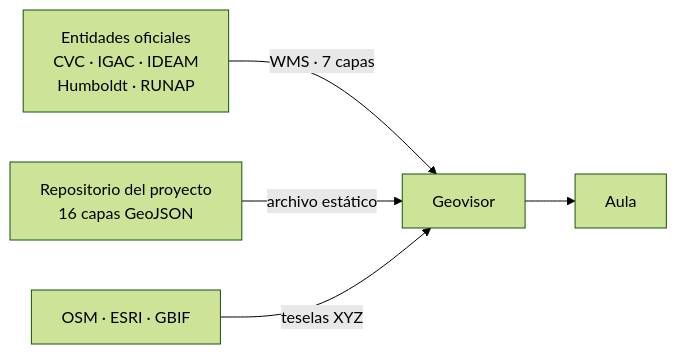
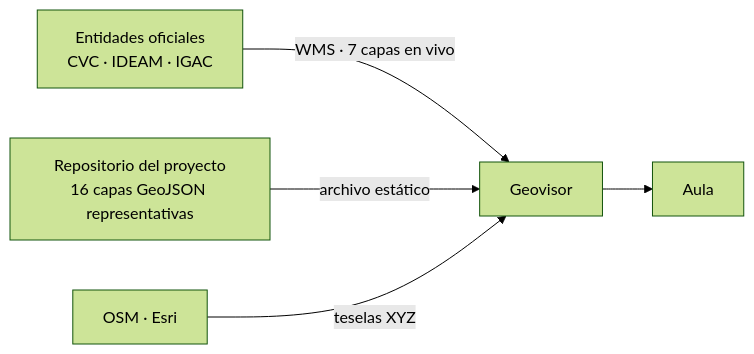
Before and after one commit to DevCristobalvc/geovisor-sevillavalle: the first of 4 diagrams in README.md, drawn with Mermaid (forest theme). The commit also changed other lines of this file and 49 other files, not shown here.

````diff
--- a/README.md
+++ b/README.md
@@ -38,7 +39,7 @@
 ```mermaid
 flowchart LR
-    A["Entidades oficiales<br/>CVC · IGAC · IDEAM<br/>Humboldt · RUNAP"] -->|"WMS · 7 capas"| V["Geovisor"]
-    B["Repositorio del proyecto<br/>16 capas GeoJSON"] -->|"archivo estático"| V
-    C["OSM · ESRI · GBIF"] -->|"teselas XYZ"| V
+    A["Entidades oficiales<br/>CVC · IDEAM · IGAC"] -->|"WMS · 7 capas en vivo"| V["Geovisor"]
+    B["Repositorio del proyecto<br/>16 capas GeoJSON representativas"] -->|"archivo estático"| V
+    C["OSM · Esri"] -->|"teselas XYZ"| V
     V --> D["Aula"]
 ```
````
